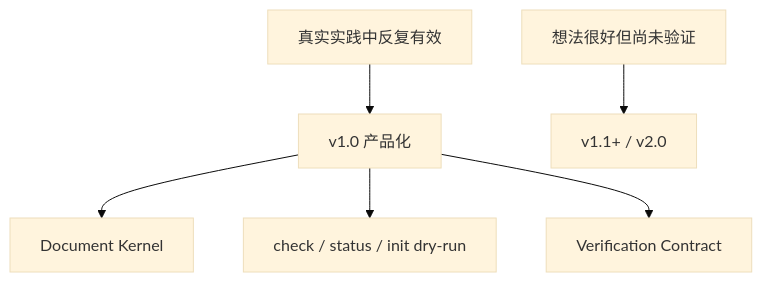
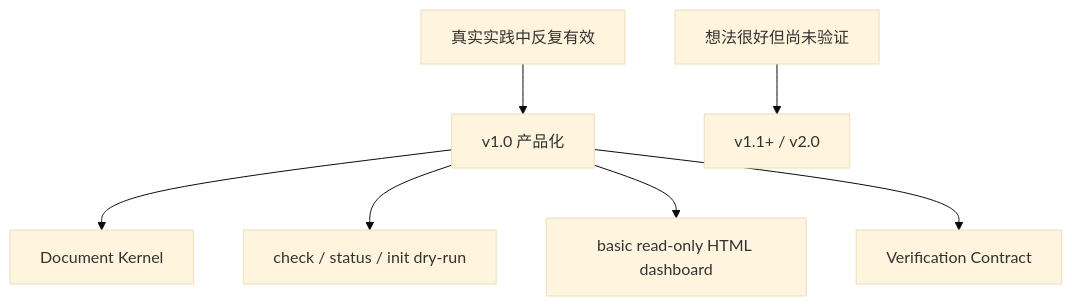
One commit to FairladyZ625/coding-agent-harness changed the first of 6 diagrams in docs-release/release/v1.0-final-check-cn.md. Above: the diagram before and after it, drawn with Mermaid (base theme). The commit also changed other lines of this file and 1 other file, not shown here.

Commit message:
include basic v1.0 dashboard scope

````diff
--- a/docs-release/release/v1.0-final-check-cn.md
+++ b/docs-release/release/v1.0-final-check-cn.md
@@ -17,13 +17,14 @@
 ```mermaid
 flowchart TB
   Practice["真实实践中反复有效"]
   Product["v1.0 产品化"]
   Complexity["想法很好但尚未验证"]
   Later["v1.1+ / v2.0"]
 
   Practice --> Product
   Complexity --> Later
   Product --> Kernel["Document Kernel"]
   Product --> CLI["check / status / init dry-run"]
+  Product --> Dashboard["basic read-only HTML dashboard"]
   Product --> Contract["Verification Contract"]
 ```
````
